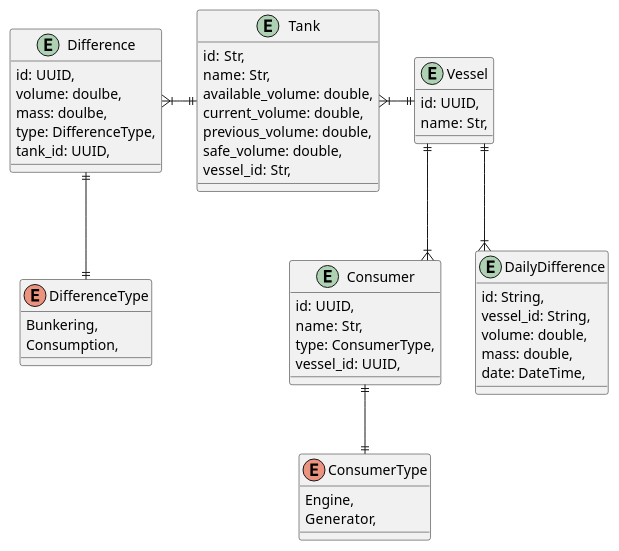
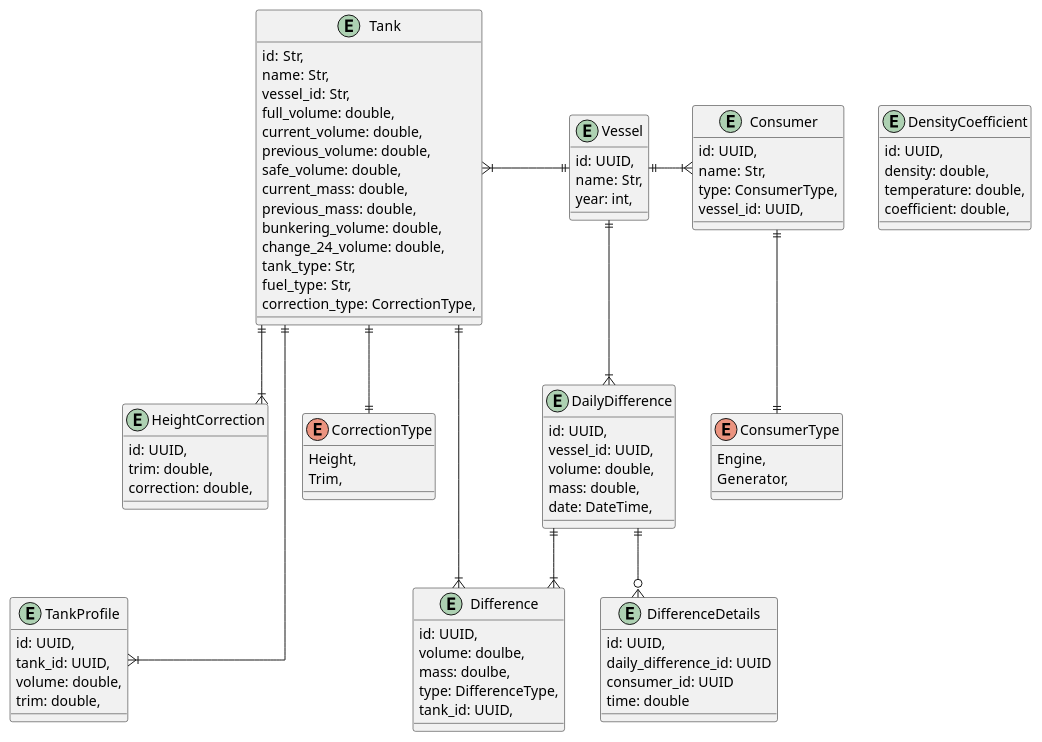
One commit to DrankedSnake/fuel_monitoring_system changed the diagram in src-tauri/docs/domain_model.puml. Above: the diagram before and after it, drawn with PlantUML. The commit also changed 52 other files, not shown here.

Commit message:
* add pagination component * add limit offset to tank profiles * update colors and data for tanks chart * add routed dots for differences chart * updated dependencies for back end and front end projects

```diff
--- a/src-tauri/docs/domain_model.puml
+++ b/src-tauri/docs/domain_model.puml
@@ -1,52 +1,86 @@
 @startuml
 skinparam linetype ortho
 
 entity Tank{
     id: Str,
     name: Str,
-    available_volume: double,
+    vessel_id: Str,
+    full_volume: double,
     current_volume: double,
     previous_volume: double,
     safe_volume: double,
-    vessel_id: Str,
-}
-enum DifferenceType{
-    Bunkering,
-    Consumption,
+    current_mass: double,
+    previous_mass: double,
+    bunkering_volume: double,
+    change_24_volume: double,
+    tank_type: Str,
+    fuel_type: Str,
+    correction_type: CorrectionType,
 }
 entity Difference{
     id: UUID,
     volume: doulbe,
     mass: doulbe,
     type: DifferenceType,
     tank_id: UUID,
 }
 entity Vessel{
     id: UUID,
     name: Str,
+    year: int,
 }
 entity Consumer{
     id: UUID,
     name: Str,
     type: ConsumerType,
     vessel_id: UUID,
 }
 entity DailyDifference {
-    id: String,
-    vessel_id: String,
+    id: UUID,
+    vessel_id: UUID,
     volume: double,
     mass: double,
     date: DateTime,
+}
+entity DifferenceDetails {
+    id: UUID,
+    daily_difference_id: UUID
+    consumer_id: UUID
+    time: double
+}
+entity TankProfile {
+    id: UUID,
+    tank_id: UUID,
+    volume: double,
+    trim: double,
+}
+entity DensityCoefficient {
+    id: UUID,
+    density: double,
+    temperature: double,
+    coefficient: double,
+}
+entity HeightCorrection {
+    id: UUID,
+    trim: double,
+    correction: double,
 }
 enum ConsumerType{
     Engine,
     Generator,
 }
-
-Difference }|-|| Tank
+enum CorrectionType{
+    Height,
+    Trim,
+}
+Difference }|--|| Tank
 Tank }|-|| Vessel
-Difference ||-down-|| DifferenceType
+Tank ||--|| CorrectionType
+Tank ||-down--|{ TankProfile
+Tank ||--|{ HeightCorrection
 Consumer ||--|| ConsumerType
-Vessel ||--|{ Consumer
+Vessel ||-right-|{ Consumer
 Vessel ||--|{DailyDifference
+DailyDifference ||--o{ DifferenceDetails
+DailyDifference ||--|{ Difference
 @enduml
```
